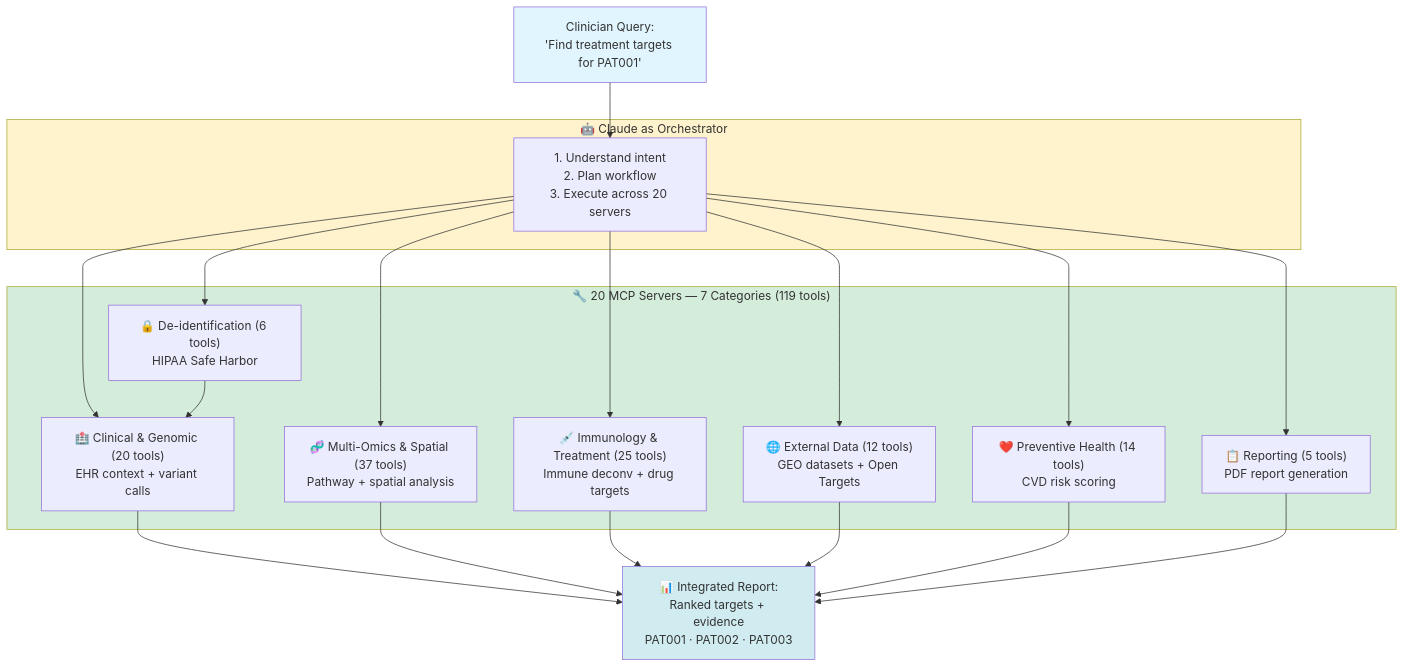
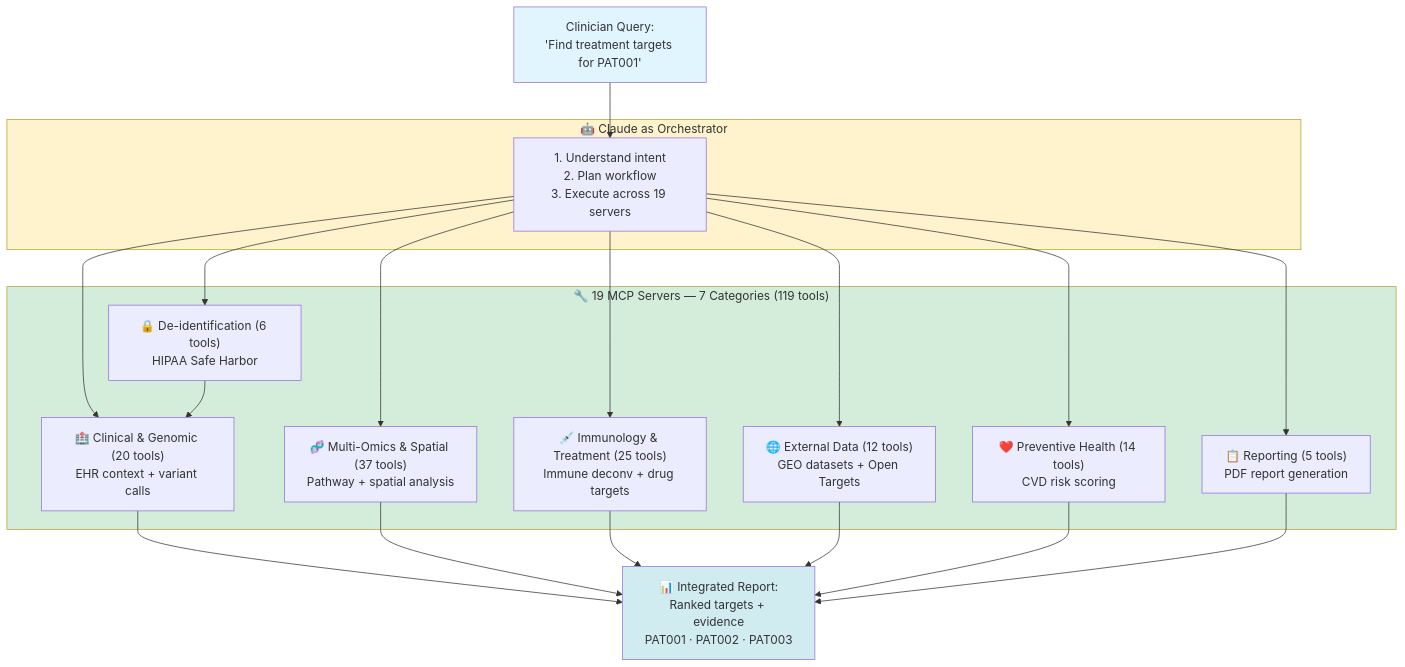
The first of 2 diagrams in docs/reference/architecture/WHY_MCP_FOR_HEALTHCARE.md (lynnlangit/spatial-mcp), drawn with Mermaid before and after one commit. The commit also changed other lines of this file and 14 other files, not shown here.

````diff
--- a/docs/reference/architecture/WHY_MCP_FOR_HEALTHCARE.md
+++ b/docs/reference/architecture/WHY_MCP_FOR_HEALTHCARE.md
@@ -67,41 +67,41 @@
 ```mermaid
 graph TD
     USER["Clinician Query:<br/>'Find treatment targets for PAT001'"]
 
     subgraph Claude["🤖 Claude as Orchestrator"]
-        PLAN["1. Understand intent<br/>2. Plan workflow<br/>3. Execute across 20 servers"]
+        PLAN["1. Understand intent<br/>2. Plan workflow<br/>3. Execute across 19 servers"]
     end
 
-    subgraph Servers["🔧 20 MCP Servers — 7 Categories (119 tools)"]
+    subgraph Servers["🔧 19 MCP Servers — 7 Categories (119 tools)"]
         STAGE0["🔒 De-identification (6 tools)<br/>HIPAA Safe Harbor"]
         CLINICAL["🏥 Clinical & Genomic (20 tools)<br/>EHR context + variant calls"]
         OMICS["🧬 Multi-Omics & Spatial (37 tools)<br/>Pathway + spatial analysis"]
         IMMUNO["💉 Immunology & Treatment (25 tools)<br/>Immune deconv + drug targets"]
         EXTDATA["🌐 External Data (12 tools)<br/>GEO datasets + Open Targets"]
         PREVENT["❤️ Preventive Health (14 tools)<br/>CVD risk scoring"]
         REPORT["📋 Reporting (5 tools)<br/>PDF report generation"]
     end
 
     RESULT["📊 Integrated Report:<br/>Ranked targets + evidence<br/>PAT001 · PAT002 · PAT003"]
 
     USER --> PLAN
     PLAN --> STAGE0
     PLAN --> CLINICAL
     PLAN --> OMICS
     PLAN --> IMMUNO
     PLAN --> EXTDATA
     PLAN --> PREVENT
     PLAN --> REPORT
     STAGE0 --> CLINICAL
     CLINICAL --> RESULT
     OMICS --> RESULT
     IMMUNO --> RESULT
     EXTDATA --> RESULT
     PREVENT --> RESULT
     REPORT --> RESULT
 
     style USER fill:#e1f5ff
     style Claude fill:#fff3cd
     style Servers fill:#d4edda
     style RESULT fill:#d1ecf1
 ```
````
